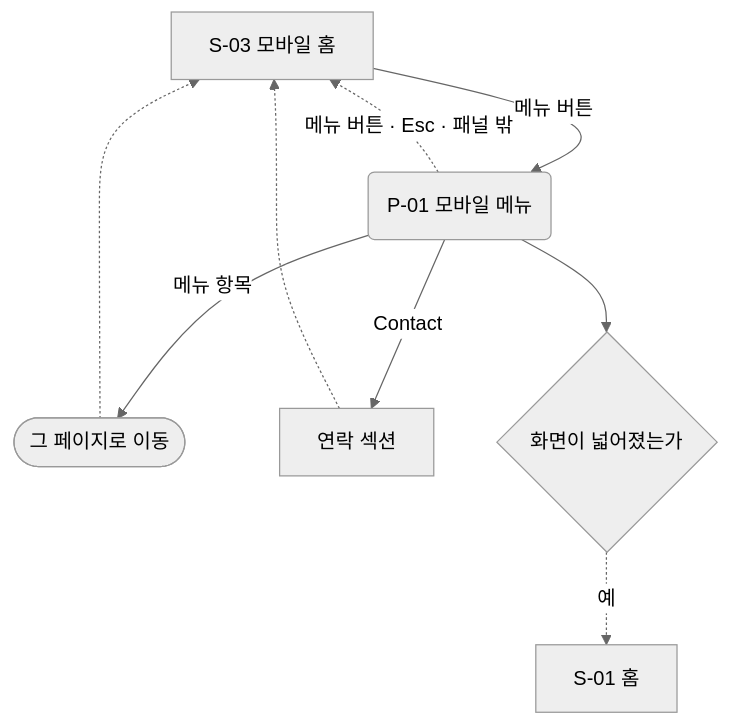
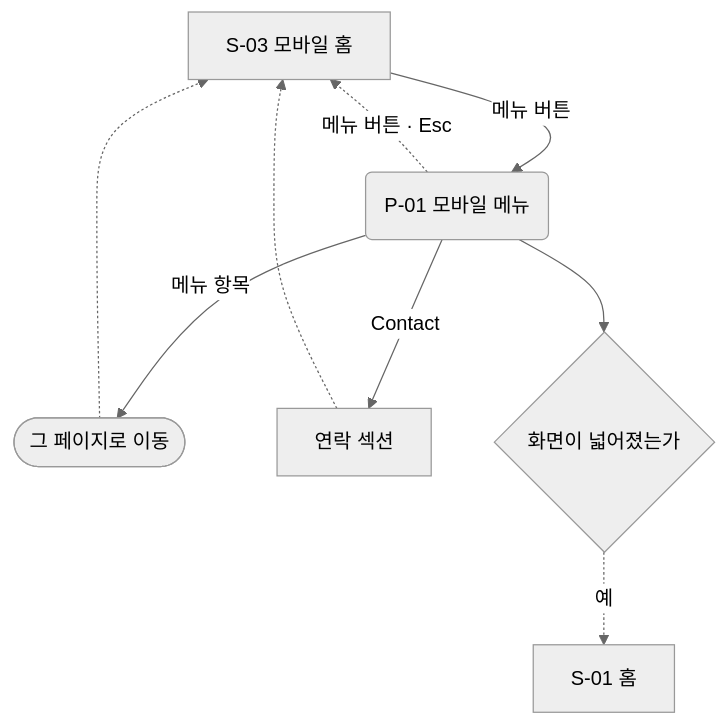
One commit to GUNIZZI/portfolio changed the fifth of 5 diagrams in docs/plan/home/userflow.md. Above: the diagram before and after it, drawn with Mermaid (neutral theme). The commit also changed 6 other files, not shown here.

````diff
--- a/docs/plan/home/userflow.md
+++ b/docs/plan/home/userflow.md
@@ -74,11 +74,11 @@
 ```mermaid
 flowchart TD
     H["S-03 모바일 홈"]:::screen -->|"메뉴 버튼"| M("P-01 모바일 메뉴"):::dialog
     M -->|"메뉴 항목"| SEC(["그 페이지로 이동"]):::done
     M -->|"Contact"| C["연락 섹션"]:::step
-    M -.->|"메뉴 버튼 · Esc · 패널 밖"| H
+    M -.->|"메뉴 버튼 · Esc"| H
     M --> W{"화면이 넓어졌는가"}:::decision
     W -.->|"예"| D["S-01 홈"]:::screen
     SEC -.-> H
     C -.-> H
 ```
````
